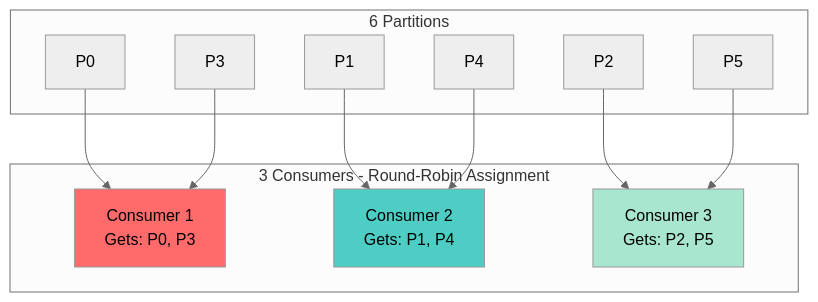
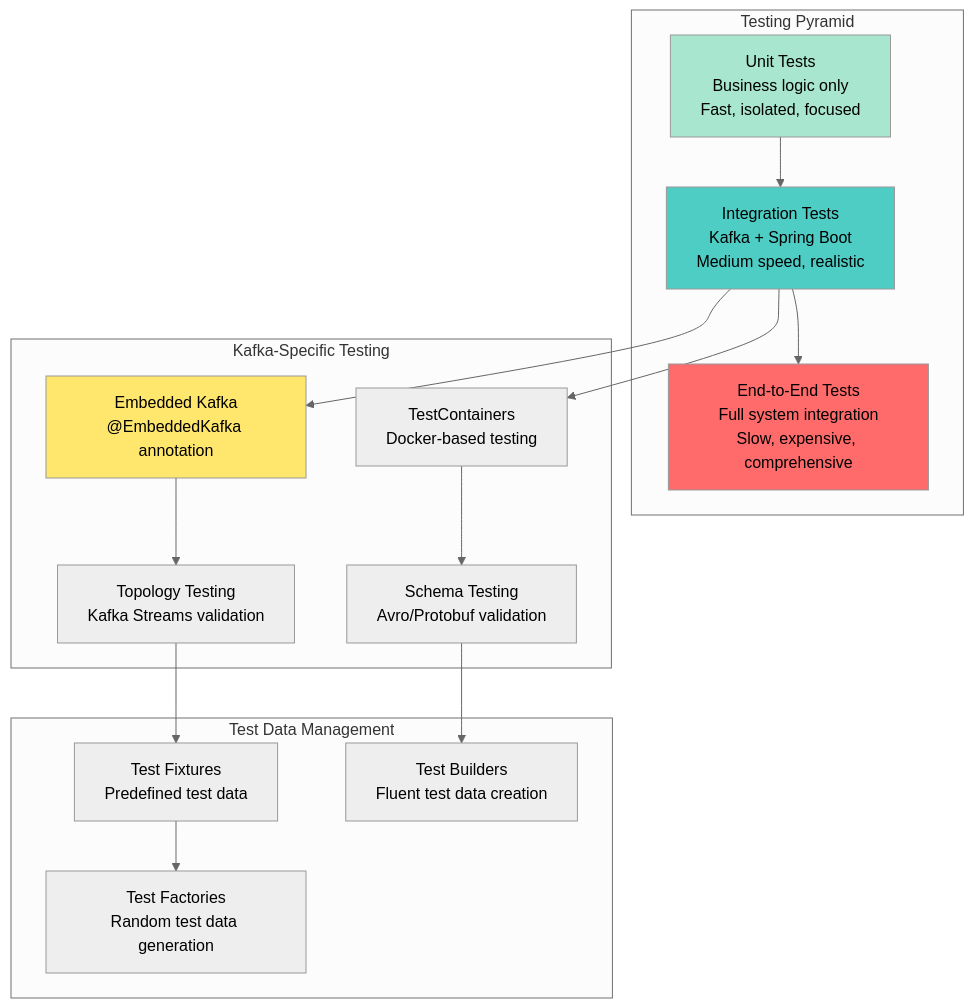
Before and after one commit to vorrawut/KafkaStarter: the third of 5 diagrams in class/workshop/lesson_7/README.md, drawn with Mermaid (neutral theme). The commit also changed other lines of this file and 204 other files, not shown here.

````diff
--- a/class/workshop/lesson_7/README.md
+++ b/class/workshop/lesson_7/README.md
@@ -138,28 +170,39 @@
 ```mermaid
 graph TB
-    subgraph "6 Partitions"
-        P0[P0] 
-        P1[P1]
-        P2[P2]
-        P3[P3]
-        P4[P4]
-        P5[P5]
+    subgraph "Testing Pyramid"
+        E2E[End-to-End Tests<br/>Full system integration<br/>Slow, expensive, comprehensive]
+        INTEGRATION[Integration Tests<br/>Kafka + Spring Boot<br/>Medium speed, realistic]
+        UNIT[Unit Tests<br/>Business logic only<br/>Fast, isolated, focused]
     end
     
-    subgraph "3 Consumers - Round-Robin Assignment"
-        C1[Consumer 1<br/>Gets: P0, P3]
-        C2[Consumer 2<br/>Gets: P1, P4]
-        C3[Consumer 3<br/>Gets: P2, P5]
+    subgraph "Kafka-Specific Testing"
+        EMBEDDED[Embedded Kafka<br/>@EmbeddedKafka annotation]
+        TESTCONTAINERS[TestContainers<br/>Docker-based testing]
+        TOPOLOGY[Topology Testing<br/>Kafka Streams validation]
+        SCHEMA[Schema Testing<br/>Avro/Protobuf validation]
     end
     
-    P0 --> C1
-    P3 --> C1
-    P1 --> C2
-    P4 --> C2
-    P2 --> C3
-    P5 --> C3
+    subgraph "Test Data Management"
+        FIXTURES[Test Fixtures<br/>Predefined test data]
+        BUILDERS[Test Builders<br/>Fluent test data creation]
+        FACTORIES[Test Factories<br/>Random test data generation]
+    end
     
-    style C1 fill:#ff6b6b
-    style C2 fill:#4ecdc4
-    style C3 fill:#a8e6cf
+    UNIT --> INTEGRATION
+    INTEGRATION --> E2E
+    
+    INTEGRATION --> EMBEDDED
+    INTEGRATION --> TESTCONTAINERS
+    
+    EMBEDDED --> TOPOLOGY
+    TESTCONTAINERS --> SCHEMA
+    
+    TOPOLOGY --> FIXTURES
+    SCHEMA --> BUILDERS
+    FIXTURES --> FACTORIES
+    
+    style E2E fill:#ff6b6b
+    style INTEGRATION fill:#4ecdc4
+    style UNIT fill:#a8e6cf
+    style EMBEDDED fill:#ffe66d
 ```
````
